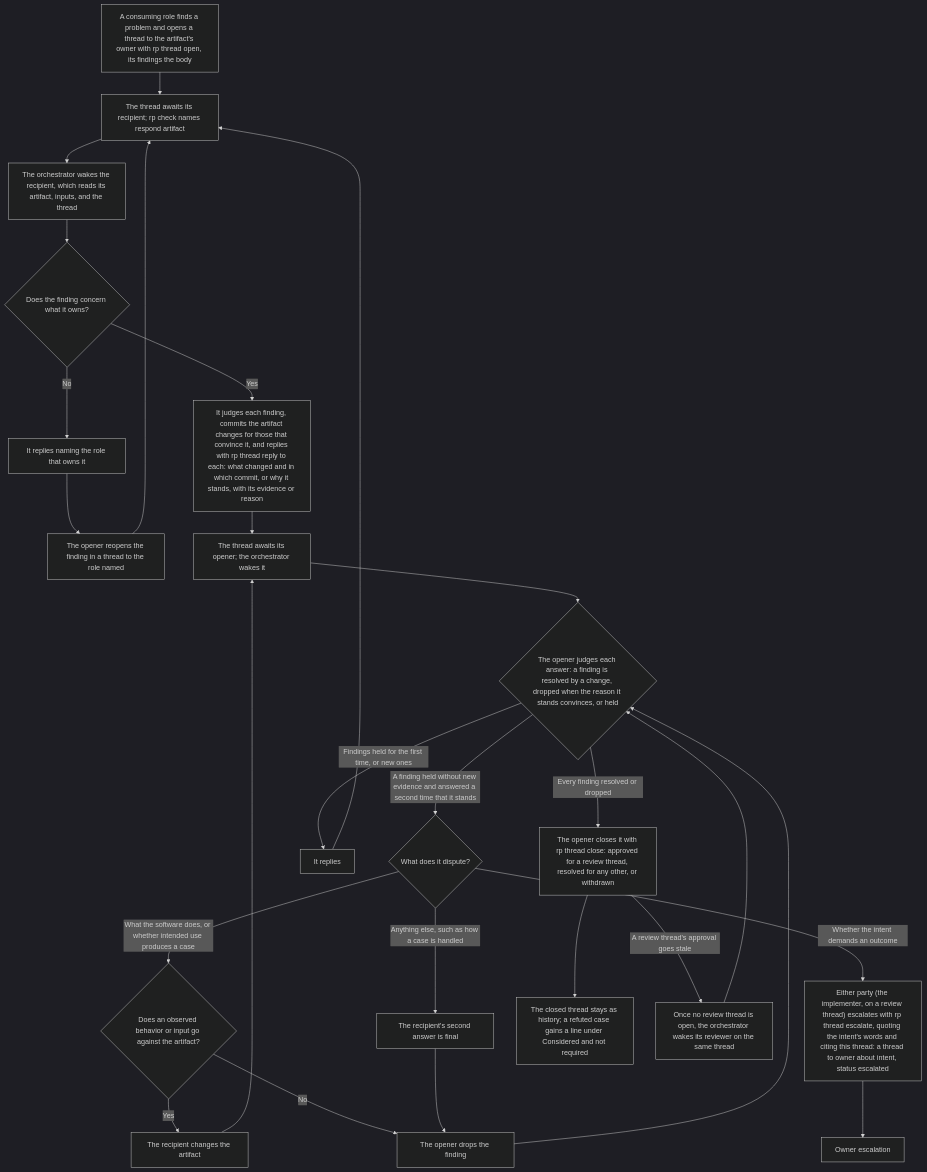
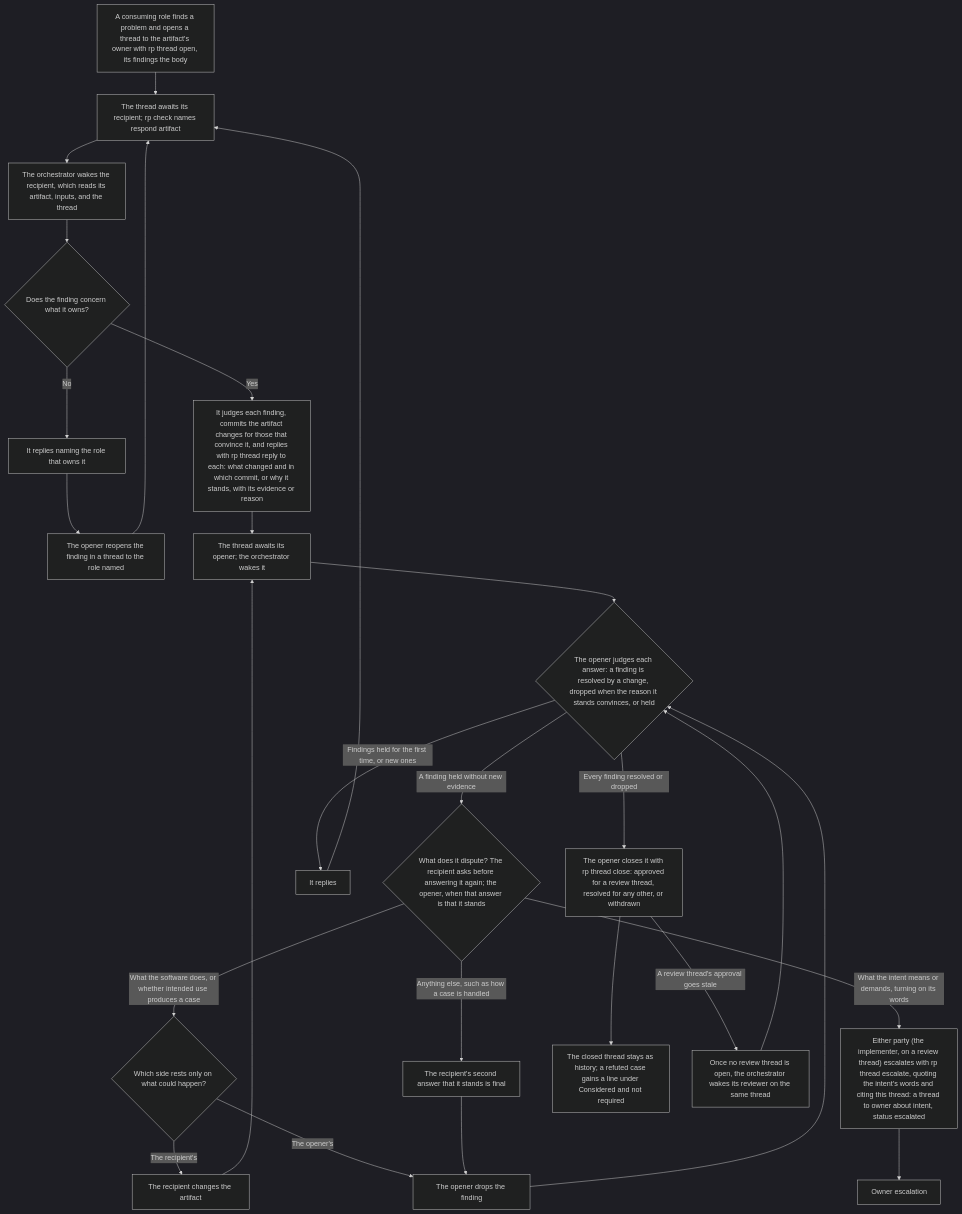
One commit to Automattic/radical-pipelines changed the diagram in docs/flowcharts/threads.md. Above: the diagram before and after it, drawn with Mermaid (dark theme). The commit also changed 8 other files, not shown here.

Commit message:
Settle a held finding by the side resting on what could happen, tell the reviewer when to drop a held finding, and bind the spec at its requirements and exclusions (assisted)

````diff
--- a/docs/flowcharts/threads.md
+++ b/docs/flowcharts/threads.md
@@ -5,28 +5,28 @@
 ```mermaid
 flowchart TD
     OPEN["A consuming role finds a problem and opens a thread to the artifact's owner with rp thread open, its findings the body"] --> AW1["The thread awaits its recipient; rp check names respond artifact"]
     AW1 --> OWNER["The orchestrator wakes the recipient, which reads its artifact, inputs, and the thread"]
     OWNER --> OWNS{"Does the finding concern what it owns?"}
     OWNS -->|No| NAME["It replies naming the role that owns it"]
     NAME --> REOPEN["The opener reopens the finding in a thread to the role named"]
     REOPEN --> AW1
     OWNS -->|Yes| ANSWER["It judges each finding, commits the artifact changes for those that convince it, and replies with rp thread reply to each: what changed and in which commit, or why it stands, with its evidence or reason"]
     ANSWER --> AW2["The thread awaits its opener; the orchestrator wakes it"]
     AW2 --> READ{"The opener judges each answer: a finding is resolved by a change, dropped when the reason it stands convinces, or held"}
     READ -->|Every finding resolved or dropped| CLOSED["The opener closes it with rp thread close: approved for a review thread, resolved for any other, or withdrawn"]
     READ -->|Findings held for the first time, or new ones| AGAIN["It replies"]
     AGAIN --> AW1
-    READ -->|A finding held without new evidence and answered a second time that it stands| DIS{"What does it dispute?"}
-    DIS -->|What the software does, or whether intended use produces a case| OBS{"Does an observed behavior or input go against the artifact?"}
-    OBS -->|Yes| REVISE["The recipient changes the artifact"]
+    READ -->|A finding held without new evidence| DIS{"What does it dispute? The recipient asks before answering it again; the opener, when that answer is that it stands"}
+    DIS -->|What the software does, or whether intended use produces a case| OBS{"Which side rests only on what could happen?"}
+    OBS -->|The recipient's| REVISE["The recipient changes the artifact"]
     REVISE --> AW2
-    OBS -->|No| DROP["The opener drops the finding"]
-    DIS -->|Anything else, such as how a case is handled| LAST["The recipient's second answer is final"]
+    OBS -->|The opener's| DROP["The opener drops the finding"]
+    DIS -->|Anything else, such as how a case is handled| LAST["The recipient's second answer that it stands is final"]
     LAST --> DROP
     DROP --> READ
-    DIS -->|Whether the intent demands an outcome| ESC["Either party (the implementer, on a review thread) escalates with rp thread escalate, quoting the intent's words and citing this thread: a thread to owner about intent, status escalated"]
+    DIS -->|What the intent means or demands, turning on its words| ESC["Either party (the implementer, on a review thread) escalates with rp thread escalate, quoting the intent's words and citing this thread: a thread to owner about intent, status escalated"]
     ESC --> OE["Owner escalation"]
     CLOSED --> HIST["The closed thread stays as history; a refuted case gains a line under Considered and not required"]
     CLOSED -->|"A review thread's approval goes stale"| STALE["Once no review thread is open, the orchestrator wakes its reviewer on the same thread"]
     STALE --> READ
 ```
````
